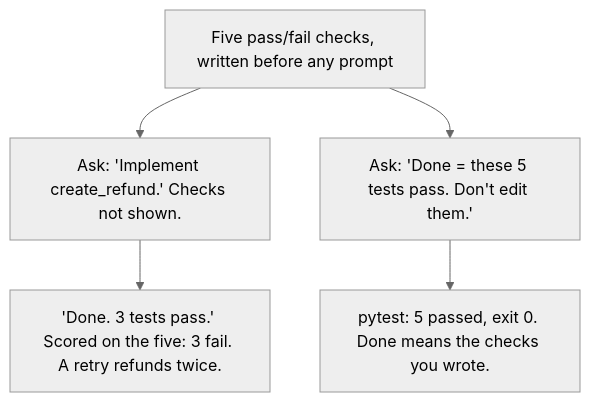
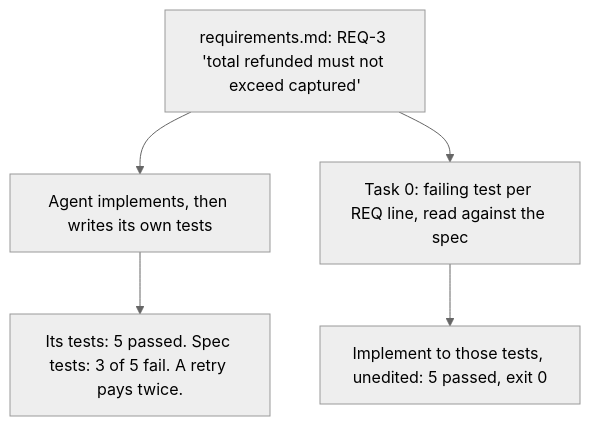
Before and after one commit to arunveersingh/ai: the diagram in courses/make-ai-fail-safely/day-08.md, drawn with Mermaid (neutral theme). The commit also changed other lines of this file and 6 other files, not shown here.

Commit message:
Day 8: rewrite as 'A Spec Line Is Not a Check' (spec-driven backdrop, REQ-ID tests, coverage + lock gates)

````diff
--- a/courses/make-ai-fail-safely/day-08.md
+++ b/courses/make-ai-fail-safely/day-08.md
@@ -19,8 +19,8 @@
 ```mermaid
 flowchart TB
-  S["Five pass/fail checks, written before any prompt"]
-  S --> A["Ask: 'Implement create_refund.' Checks not shown."]
-  S --> B["Ask: 'Done = these 5 tests pass. Don't edit them.'"]
-  A --> W["'Done. 3 tests pass.' Scored on the five: 3 fail. A retry refunds twice."]
-  B --> P["pytest: 5 passed, exit 0. Done means the checks you wrote."]
+  S["requirements.md: REQ-3 'total refunded must not exceed captured'"]
+  S --> A["Agent implements, then writes its own tests"]
+  S --> B["Task 0: failing test per REQ line, read against the spec"]
+  A --> W["Its tests: 5 passed. Spec tests: 3 of 5 fail. A retry pays twice."]
+  B --> P["Implement to those tests, unedited: 5 passed, exit 0"]
 ```
````
